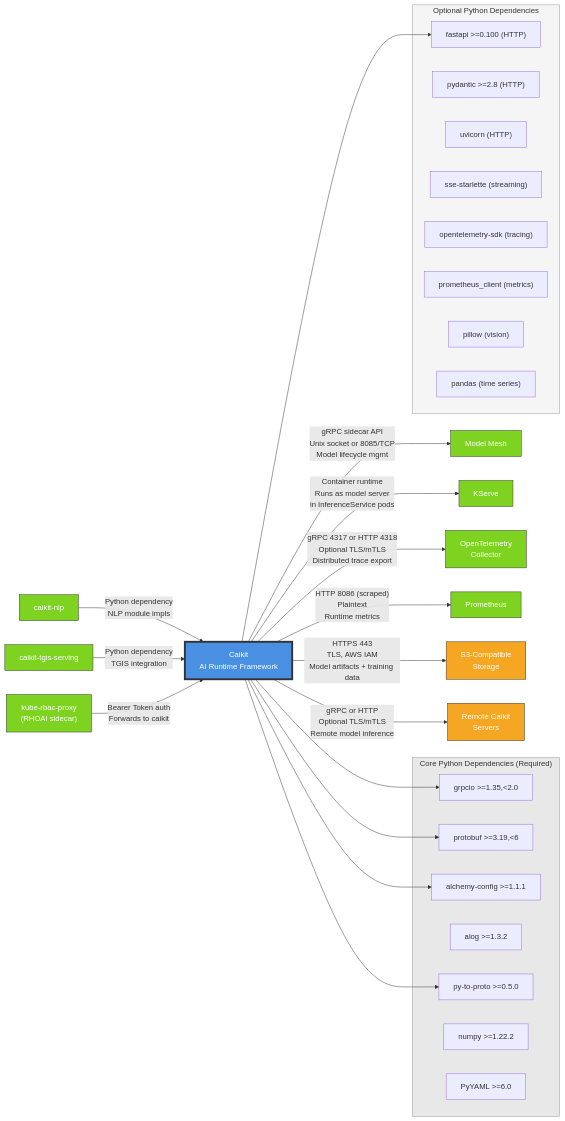
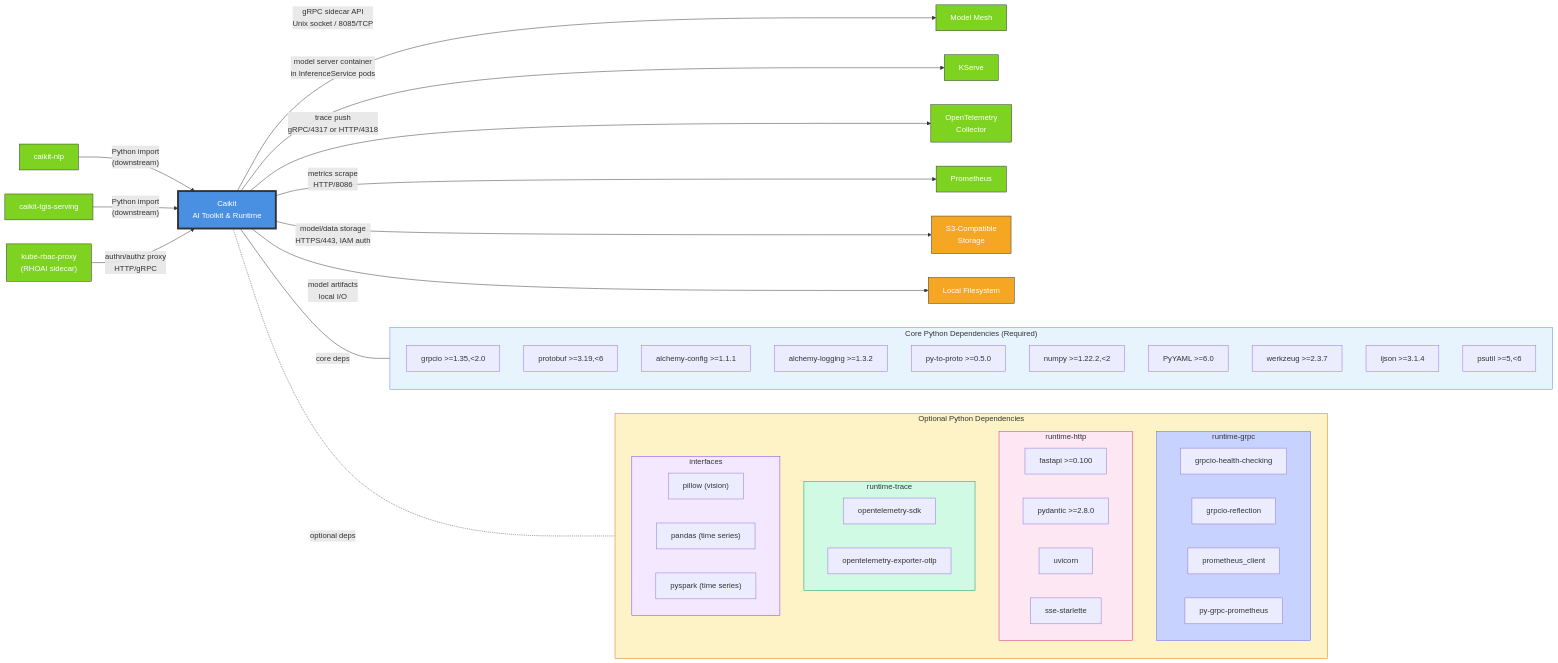
Before and after one commit to rhuss/architecture-context: the diagram in architecture/rhoai.next/diagrams/caikit-dependencies.mmd, drawn with Mermaid. The commit also changed 1112 other files, not shown here.

First line of the commit message:
update rhoai.next architecture: regenerated docs, diagrams, and arch-analyzer JSON

```diff
--- a/architecture/rhoai.next/diagrams/caikit-dependencies.mmd
+++ b/architecture/rhoai.next/diagrams/caikit-dependencies.mmd
@@ -1,61 +1,80 @@
 graph LR
-    Caikit["Caikit<br/>AI Runtime Framework"]
+    Caikit["Caikit<br/>AI Toolkit & Runtime"]
 
-    %% Internal Platform Dependencies
-    Caikit -->|"gRPC sidecar API<br/>Unix socket or 8085/TCP<br/>Model lifecycle mgmt"| ModelMesh["Model Mesh"]
-    Caikit -->|"Container runtime<br/>Runs as model server<br/>in InferenceService pods"| KServe["KServe"]
-    Caikit -->|"gRPC 4317 or HTTP 4318<br/>Optional TLS/mTLS<br/>Distributed trace export"| OTEL["OpenTelemetry<br/>Collector"]
-    Caikit -->|"HTTP 8086 (scraped)<br/>Plaintext<br/>Runtime metrics"| Prometheus["Prometheus"]
+    %% Internal RHOAI Dependencies
+    Caikit -->|"gRPC sidecar API<br/>Unix socket / 8085/TCP"| ModelMesh["Model Mesh"]
+    Caikit -->|"model server container<br/>in InferenceService pods"| KServe["KServe"]
+    Caikit -->|"trace push<br/>gRPC/4317 or HTTP/4318"| OTEL["OpenTelemetry<br/>Collector"]
+    Caikit -->|"metrics scrape<br/>HTTP/8086"| Prometheus["Prometheus"]
 
     %% Downstream consumers (depend ON caikit)
-    CaikitNLP["caikit-nlp"] -->|"Python dependency<br/>NLP module impls"| Caikit
-    CaikitTGIS["caikit-tgis-serving"] -->|"Python dependency<br/>TGIS integration"| Caikit
+    CaikitNLP["caikit-nlp"] -->|"Python import<br/>(downstream)"| Caikit
+    CaikitTGIS["caikit-tgis-serving"] -->|"Python import<br/>(downstream)"| Caikit
 
-    %% External Service Dependencies
-    Caikit -->|"HTTPS 443<br/>TLS, AWS IAM<br/>Model artifacts + training data"| S3["S3-Compatible<br/>Storage"]
-    Caikit -->|"gRPC or HTTP<br/>Optional TLS/mTLS<br/>Remote model inference"| RemoteCaikit["Remote Caikit<br/>Servers"]
+    %% External service dependencies
+    Caikit -->|"model/data storage<br/>HTTPS/443, IAM auth"| S3["S3-Compatible<br/>Storage"]
+    Caikit -->|"model artifacts<br/>local I/O"| FS["Local Filesystem"]
 
-    %% Platform auth layer
-    KubeRBACProxy["kube-rbac-proxy<br/>(RHOAI sidecar)"] -->|"Bearer Token auth<br/>Forwards to caikit"| Caikit
+    %% Platform integration
+    KubeRBACProxy["kube-rbac-proxy<br/>(RHOAI sidecar)"] -->|"authn/authz proxy<br/>HTTP/gRPC"| Caikit
 
-    %% Core Python Dependencies
+    %% Core Python dependencies
     subgraph CoreDeps["Core Python Dependencies (Required)"]
         grpcio["grpcio >=1.35,<2.0"]
         protobuf["protobuf >=3.19,<6"]
         alchemyConfig["alchemy-config >=1.1.1"]
-        alog["alog >=1.3.2"]
+        alog["alchemy-logging >=1.3.2"]
         pyToProto["py-to-proto >=0.5.0"]
-        numpy["numpy >=1.22.2"]
+        numpy["numpy >=1.22.2,<2"]
         pyyaml["PyYAML >=6.0"]
+        werkzeug["werkzeug >=2.3.7"]
+        ijson["ijson >=3.1.4"]
+        psutil["psutil >=5,<6"]
     end
 
+    Caikit ---|"core deps"| CoreDeps
+
     subgraph OptionalDeps["Optional Python Dependencies"]
-        fastapi["fastapi >=0.100 (HTTP)"]
-        pydantic["pydantic >=2.8 (HTTP)"]
-        uvicorn["uvicorn (HTTP)"]
-        sseStarlette["sse-starlette (streaming)"]
-        otelSDK["opentelemetry-sdk (tracing)"]
-        prometheusClient["prometheus_client (metrics)"]
-        pillow["pillow (vision)"]
-        pandas["pandas (time series)"]
+        direction TB
+        subgraph RuntimeGRPC["runtime-grpc"]
+            grpcHealthChecking["grpcio-health-checking"]
+            grpcReflection["grpcio-reflection"]
+            promClient["prometheus_client"]
+            pyGrpcProm["py-grpc-prometheus"]
+        end
+        subgraph RuntimeHTTP["runtime-http"]
+            fastapi["fastapi >=0.100"]
+            pydantic["pydantic >=2.8.0"]
+            uvicorn["uvicorn"]
+            sseStarlette["sse-starlette"]
+        end
+        subgraph RuntimeTrace["runtime-trace"]
+            otelSdk["opentelemetry-sdk"]
+            otelExporter["opentelemetry-exporter-otlp"]
+        end
+        subgraph InterfacesOpt["interfaces"]
+            pillow["pillow (vision)"]
+            pandas["pandas (time series)"]
+            pyspark["pyspark (time series)"]
+        end
     end
 
-    Caikit --> grpcio
-    Caikit --> protobuf
-    Caikit --> alchemyConfig
-    Caikit --> pyToProto
-    Caikit --> fastapi
+    Caikit -.-|"optional deps"| OptionalDeps
 
     %% Styling
     style Caikit fill:#4a90e2,stroke:#333,stroke-width:4px,color:#fff
     style ModelMesh fill:#7ed321,stroke:#333,color:#fff
     style KServe fill:#7ed321,stroke:#333,color:#fff
     style OTEL fill:#7ed321,stroke:#333,color:#fff
     style Prometheus fill:#7ed321,stroke:#333,color:#fff
     style CaikitNLP fill:#7ed321,stroke:#333,color:#fff
     style CaikitTGIS fill:#7ed321,stroke:#333,color:#fff
     style KubeRBACProxy fill:#7ed321,stroke:#333,color:#fff
     style S3 fill:#f5a623,stroke:#333,color:#fff
-    style RemoteCaikit fill:#f5a623,stroke:#333,color:#fff
-    style CoreDeps fill:#e8e8e8,stroke:#999
-    style OptionalDeps fill:#f5f5f5,stroke:#999
+    style FS fill:#f5a623,stroke:#333,color:#fff
+    style CoreDeps fill:#e8f4fd,stroke:#4a90e2,stroke-width:1px
+    style OptionalDeps fill:#fef3c7,stroke:#d97706,stroke-width:1px
+    style RuntimeGRPC fill:#c7d2fe,stroke:#6366f1,stroke-width:1px
+    style RuntimeHTTP fill:#fce7f3,stroke:#db2777,stroke-width:1px
+    style RuntimeTrace fill:#d1fae5,stroke:#059669,stroke-width:1px
+    style InterfacesOpt fill:#f3e8ff,stroke:#7c3aed,stroke-width:1px
```
